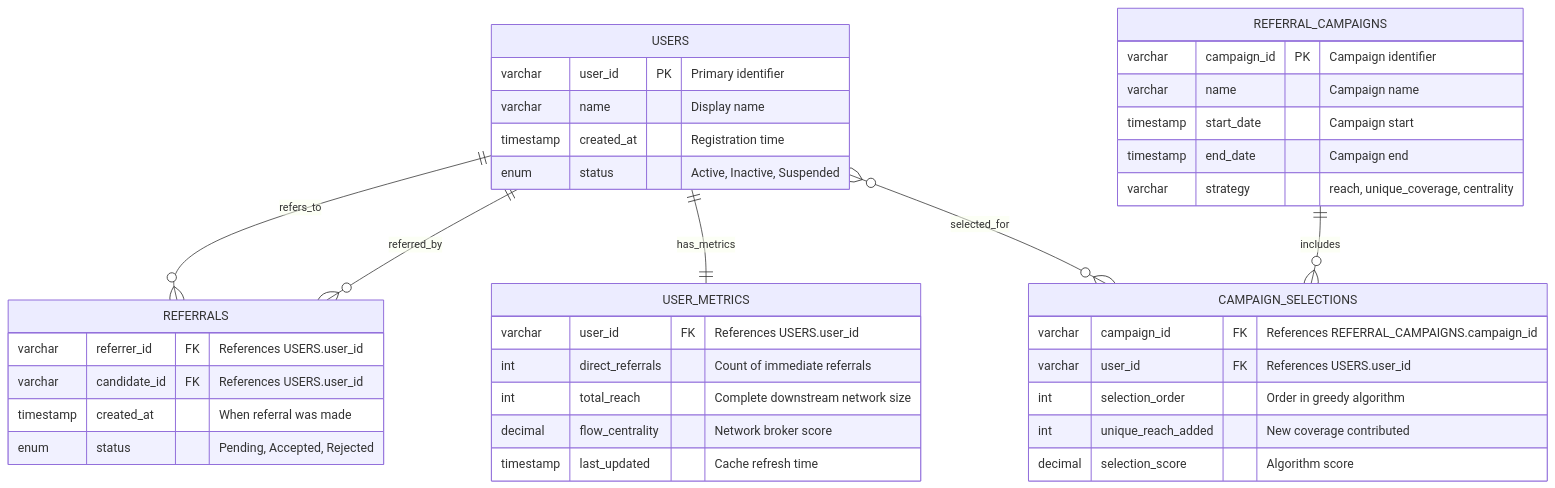
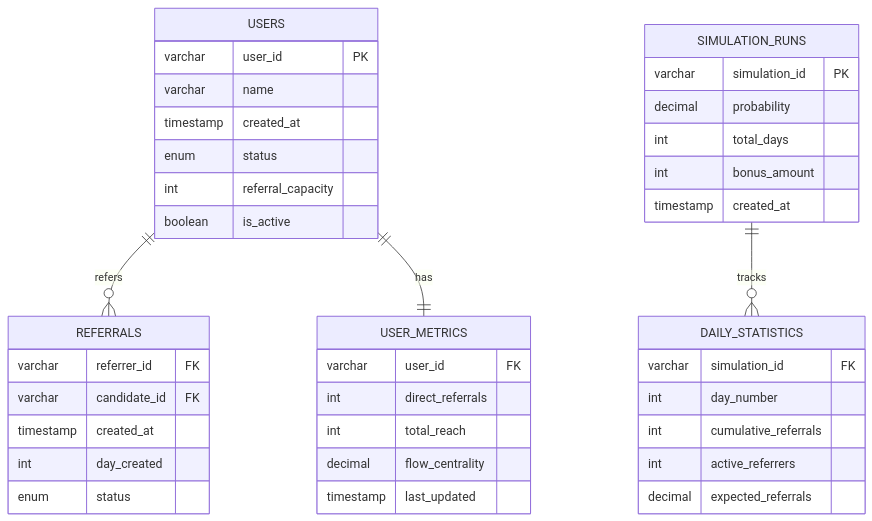
The diagram in readme.md (amitranjan9708/rough), drawn with Mermaid before and after one commit. The commit also changed other lines of this file, not shown here.

````diff
--- a/readme.md
+++ b/readme.md
@@ -283,46 +5,47 @@
 ```mermaid
 erDiagram
     USERS {
-        varchar user_id PK "Primary identifier"
-        varchar name "Display name"
-        timestamp created_at "Registration time"
-        enum status "Active, Inactive, Suspended"
+        varchar user_id PK
+        varchar name
+        timestamp created_at
+        enum status
+        int referral_capacity
+        boolean is_active
     }
     
     REFERRALS {
-        varchar referrer_id FK "References USERS.user_id"
-        varchar candidate_id FK "References USERS.user_id"
-        timestamp created_at "When referral was made"
-        enum status "Pending, Accepted, Rejected"
+        varchar referrer_id FK
+        varchar candidate_id FK
+        timestamp created_at
+        int day_created
+        enum status
     }
     
     USER_METRICS {
-        varchar user_id FK "References USERS.user_id"
-        int direct_referrals "Count of immediate referrals"
-        int total_reach "Complete downstream network size"
-        decimal flow_centrality "Network broker score"
-        timestamp last_updated "Cache refresh time"
+        varchar user_id FK
+        int direct_referrals
+        int total_reach
+        decimal flow_centrality
+        timestamp last_updated
     }
     
-    REFERRAL_CAMPAIGNS {
-        varchar campaign_id PK "Campaign identifier"
-        varchar name "Campaign name"
-        timestamp start_date "Campaign start"
-        timestamp end_date "Campaign end"
-        varchar strategy "reach, unique_coverage, centrality"
+    SIMULATION_RUNS {
+        varchar simulation_id PK
+        decimal probability
+        int total_days
+        int bonus_amount
+        timestamp created_at
     }
     
-    CAMPAIGN_SELECTIONS {
-        varchar campaign_id FK "References REFERRAL_CAMPAIGNS.campaign_id"
-        varchar user_id FK "References USERS.user_id"
-        int selection_order "Order in greedy algorithm"
-        int unique_reach_added "New coverage contributed"
-        decimal selection_score "Algorithm score"
+    DAILY_STATISTICS {
+        varchar simulation_id FK
+        int day_number
+        int cumulative_referrals
+        int active_referrers
+        decimal expected_referrals
     }
 
-    USERS ||--o{ REFERRALS : "refers_to"
-    USERS ||--o{ REFERRALS : "referred_by"
-    USERS ||--|| USER_METRICS : "has_metrics"
-    USERS }o--o{ CAMPAIGN_SELECTIONS : "selected_for"
-    REFERRAL_CAMPAIGNS ||--o{ CAMPAIGN_SELECTIONS : "includes"
+    USERS ||--o{ REFERRALS : "refers"
+    USERS ||--|| USER_METRICS : "has"
+    SIMULATION_RUNS ||--o{ DAILY_STATISTICS : "tracks"
 ```
````
